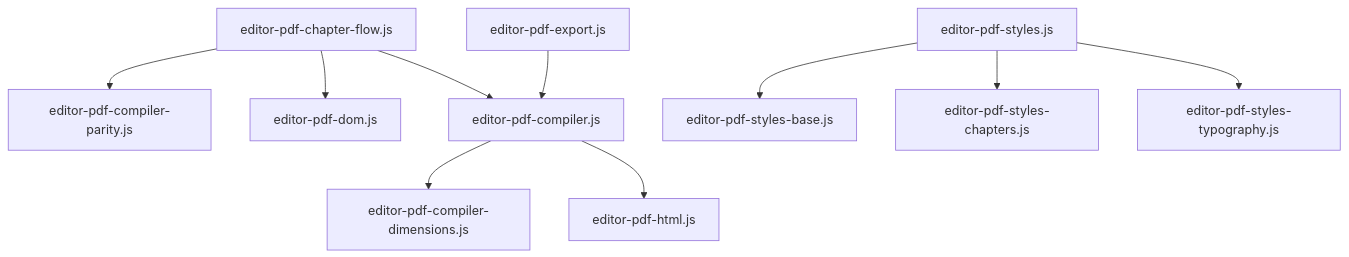
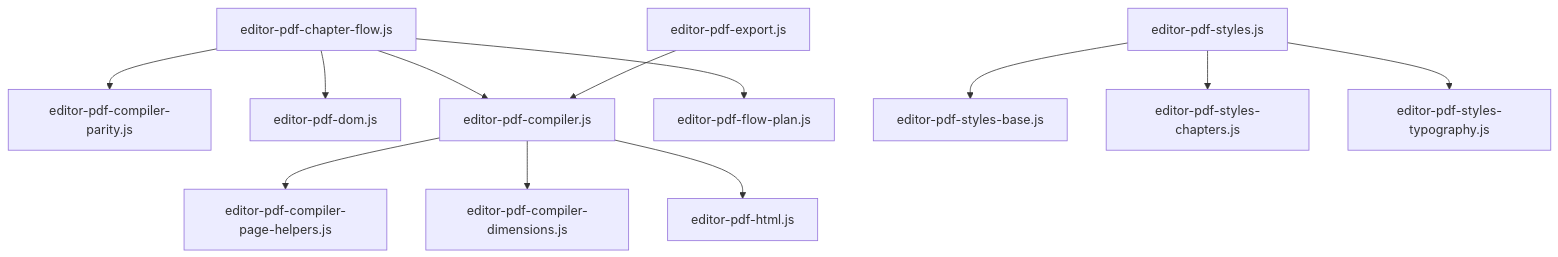
The diagram in assets/js/pdf/README.md (npavezibarra/almaden-bookster), drawn with Mermaid before and after one commit. The commit also changed 36 other files, not shown here.

````diff
--- a/assets/js/pdf/README.md
+++ b/assets/js/pdf/README.md
@@ -11,14 +11,16 @@
 ```mermaid
 graph TD
     Flow[editor-pdf-chapter-flow.js] --> Parity[editor-pdf-compiler-parity.js]
     Flow --> DOMFactory[editor-pdf-dom.js]
     Flow --> Compiler[editor-pdf-compiler.js]
+    Flow --> FlowPlan[editor-pdf-flow-plan.js]
+    Compiler --> PageHelpers[editor-pdf-compiler-page-helpers.js]
     Compiler --> Dimensions[editor-pdf-compiler-dimensions.js]
     Compiler --> HTMLProc[editor-pdf-html.js]
     
     Styles[editor-pdf-styles.js] --> StylesBase[editor-pdf-styles-base.js]
     Styles --> StylesChapters[editor-pdf-styles-chapters.js]
     Styles --> StylesTypos[editor-pdf-styles-typography.js]
     
     Export[editor-pdf-export.js] --> Compiler
 ```
````
